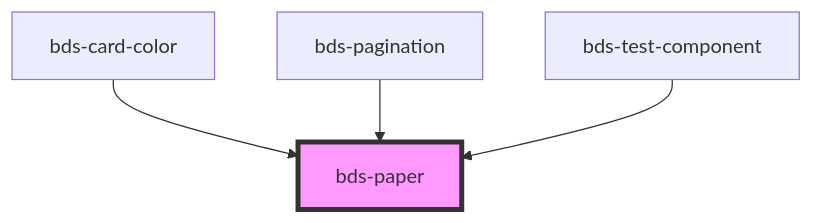
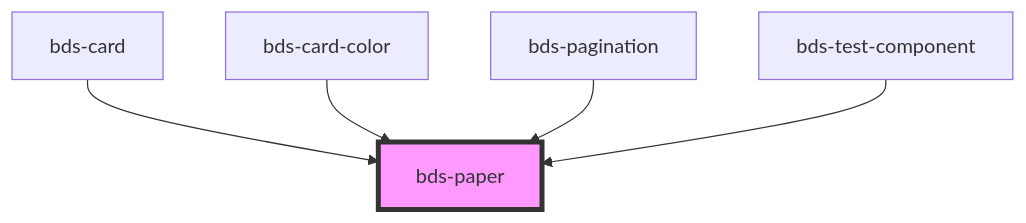
Before and after one commit to takenet/blip-ds: the diagram in src/components/paper/readme.md, drawn with Mermaid. The commit also changed other lines of this file and 38 other files, not shown here.

````diff
--- a/src/components/paper/readme.md
+++ b/src/components/paper/readme.md
@@ -28,7 +29,8 @@
 ```mermaid
 graph TD;
+  bds-card --> bds-paper
   bds-card-color --> bds-paper
   bds-pagination --> bds-paper
   bds-test-component --> bds-paper
   style bds-paper fill:#f9f,stroke:#333,stroke-width:4px
 ```
````
